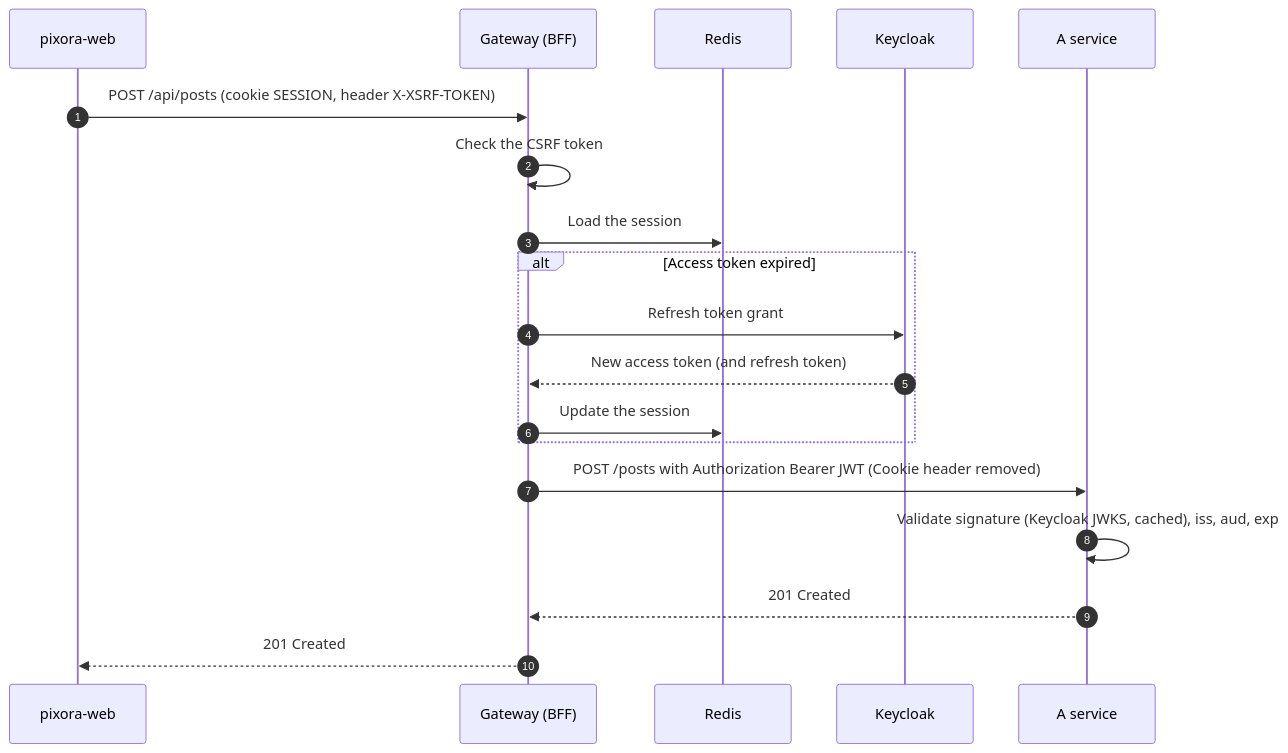
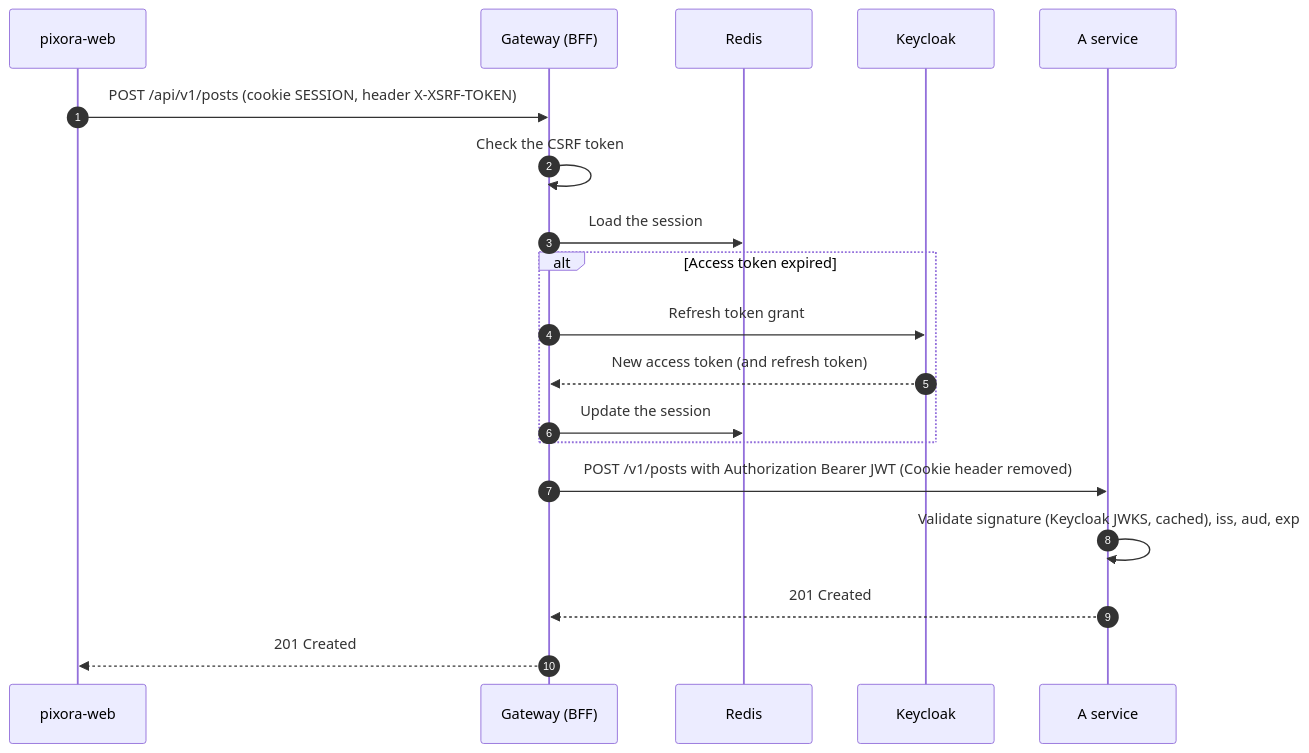
Before and after one commit to JaouadiOussama/pixora: the second of 4 diagrams in docs/authentication.md, drawn with Mermaid. The commit also changed other lines of this file and 15 other files, not shown here.

````diff
--- a/docs/authentication.md
+++ b/docs/authentication.md
@@ -61,22 +61,22 @@
 ```mermaid
 sequenceDiagram
     autonumber
     participant W as pixora-web
     participant G as Gateway (BFF)
     participant R as Redis
     participant K as Keycloak
     participant S as A service
 
-    W->>G: POST /api/posts (cookie SESSION, header X-XSRF-TOKEN)
+    W->>G: POST /api/v1/posts (cookie SESSION, header X-XSRF-TOKEN)
     G->>G: Check the CSRF token
     G->>R: Load the session
     alt Access token expired
         G->>K: Refresh token grant
         K-->>G: New access token (and refresh token)
         G->>R: Update the session
     end
-    G->>S: POST /posts with Authorization Bearer JWT (Cookie header removed)
+    G->>S: POST /v1/posts with Authorization Bearer JWT (Cookie header removed)
     S->>S: Validate signature (Keycloak JWKS, cached), iss, aud, exp
     S-->>G: 201 Created
     G-->>W: 201 Created
 ```
````
